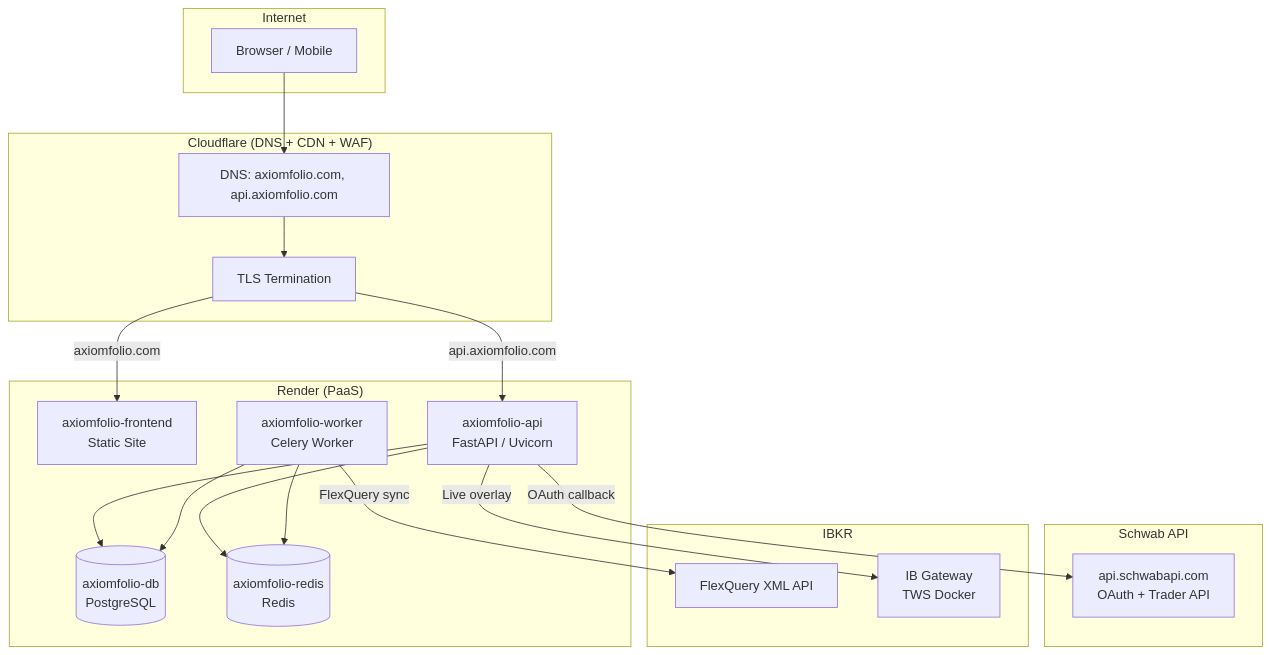
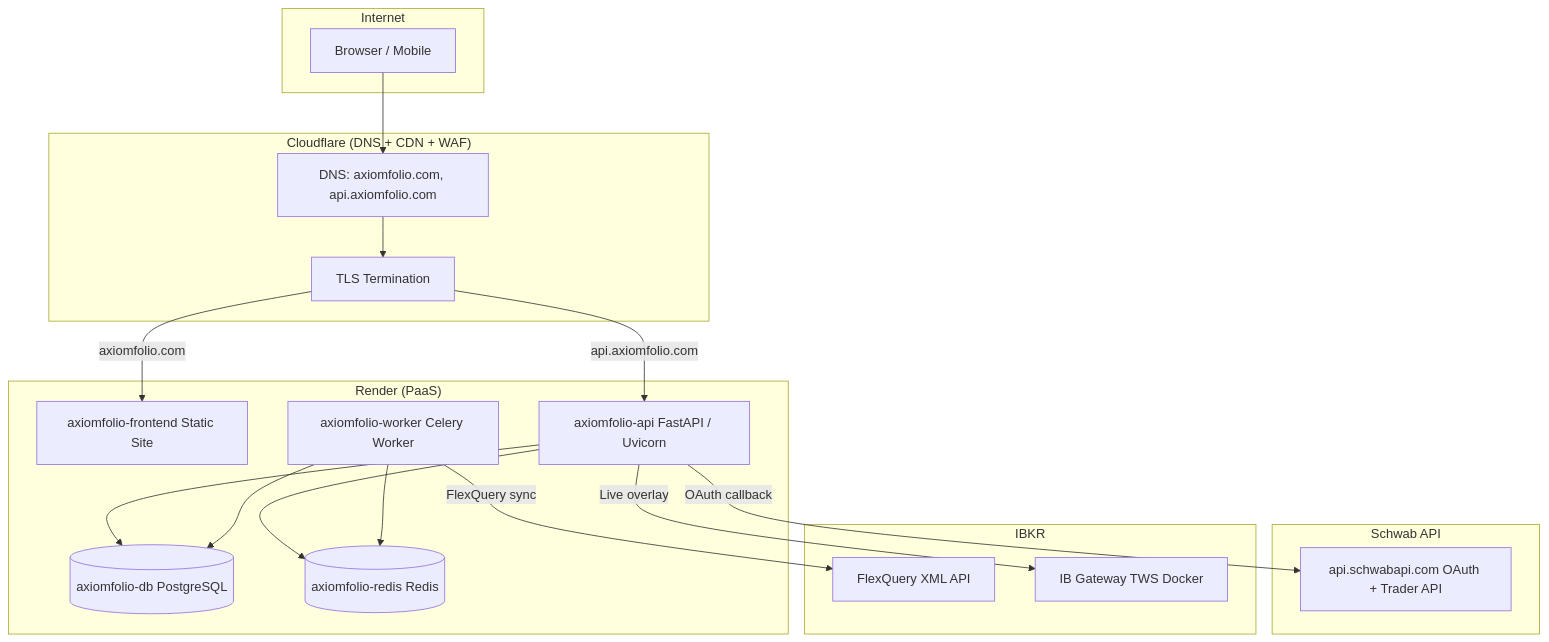
Before and after one commit to paperwork-labs/paperwork: the second of 2 diagrams in docs/ARCHITECTURE.md, drawn with Mermaid. The commit also changed other lines of this file and 13 other files, not shown here.

Commit message:
docs: holistic docs improvement, Makefile usage, PR automation flow (#214)

````diff
--- a/docs/ARCHITECTURE.md
+++ b/docs/ARCHITECTURE.md
@@ -214,41 +249,41 @@
 ```mermaid
 flowchart TB
-    subgraph Internet
-        User[Browser / Mobile]
+    subgraph internet [Internet]
+        User["Browser / Mobile"]
     end
 
-    subgraph Cloudflare["Cloudflare (DNS + CDN + WAF)"]
-        CF_DNS[DNS: axiomfolio.com, api.axiomfolio.com]
+    subgraph cloudflare ["Cloudflare (DNS + CDN + WAF)"]
+        CF_DNS["DNS: axiomfolio.com, api.axiomfolio.com"]
         CF_TLS[TLS Termination]
         CF_DNS --> CF_TLS
     end
 
-    subgraph Render["Render (PaaS)"]
-        FE[axiomfolio-frontend<br/>Static Site]
-        API[axiomfolio-api<br/>FastAPI / Uvicorn]
-        Worker[axiomfolio-worker<br/>Celery Worker]
-        DB[(axiomfolio-db<br/>PostgreSQL)]
-        Redis[(axiomfolio-redis<br/>Redis)]
+    subgraph render ["Render (PaaS)"]
+        FE["axiomfolio-frontend Static Site"]
+        API["axiomfolio-api FastAPI / Uvicorn"]
+        Worker["axiomfolio-worker Celery Worker"]
+        DB[(axiomfolio-db PostgreSQL)]
+        Redis[(axiomfolio-redis Redis)]
 
         API --> DB
         API --> Redis
         Worker --> DB
         Worker --> Redis
     end
 
-    subgraph Schwab["Schwab API"]
-        SchwabAuth[api.schwabapi.com<br/>OAuth + Trader API]
+    subgraph schwab ["Schwab API"]
+        SchwabAuth["api.schwabapi.com OAuth + Trader API"]
     end
 
-    subgraph IBKR["IBKR"]
+    subgraph ibkr [IBKR]
         FlexQuery[FlexQuery XML API]
-        Gateway[IB Gateway<br/>TWS Docker]
+        Gateway["IB Gateway TWS Docker"]
     end
 
     User --> CF_DNS
     CF_TLS -- "axiomfolio.com" --> FE
     CF_TLS -- "api.axiomfolio.com" --> API
     API -- "OAuth callback" --> SchwabAuth
     Worker -- "FlexQuery sync" --> FlexQuery
     API -- "Live overlay" --> Gateway
 ```
````
